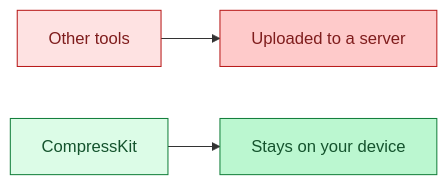
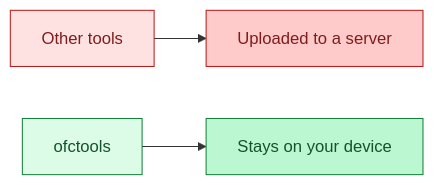
One commit to Abhishek25062001/CompressKit changed the first of 4 diagrams in README.md. Above: the diagram before and after it, drawn with Mermaid. The commit also changed other lines of this file and 39 other files, not shown here.

````diff
--- a/README.md
+++ b/README.md
@@ -19,9 +19,9 @@
 ```mermaid
 flowchart LR
   O[Other tools] --> S[Uploaded to a server]
-  C[CompressKit] --> L[Stays on your device]
+  C[ofctools] --> L[Stays on your device]
   style O fill:#fee2e2,stroke:#b91c1c,color:#7f1d1d
   style S fill:#fecaca,stroke:#b91c1c,color:#7f1d1d
   style C fill:#dcfce7,stroke:#15803d,color:#14532d
   style L fill:#bbf7d0,stroke:#15803d,color:#14532d
 ```
````
